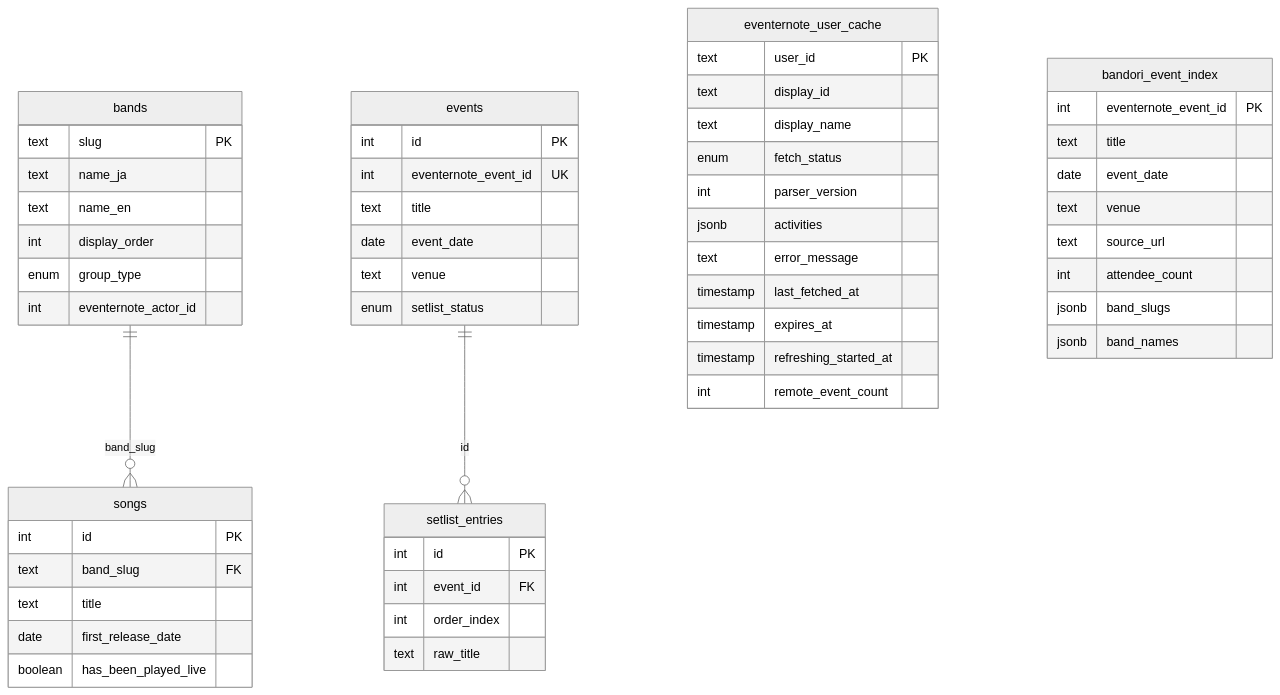
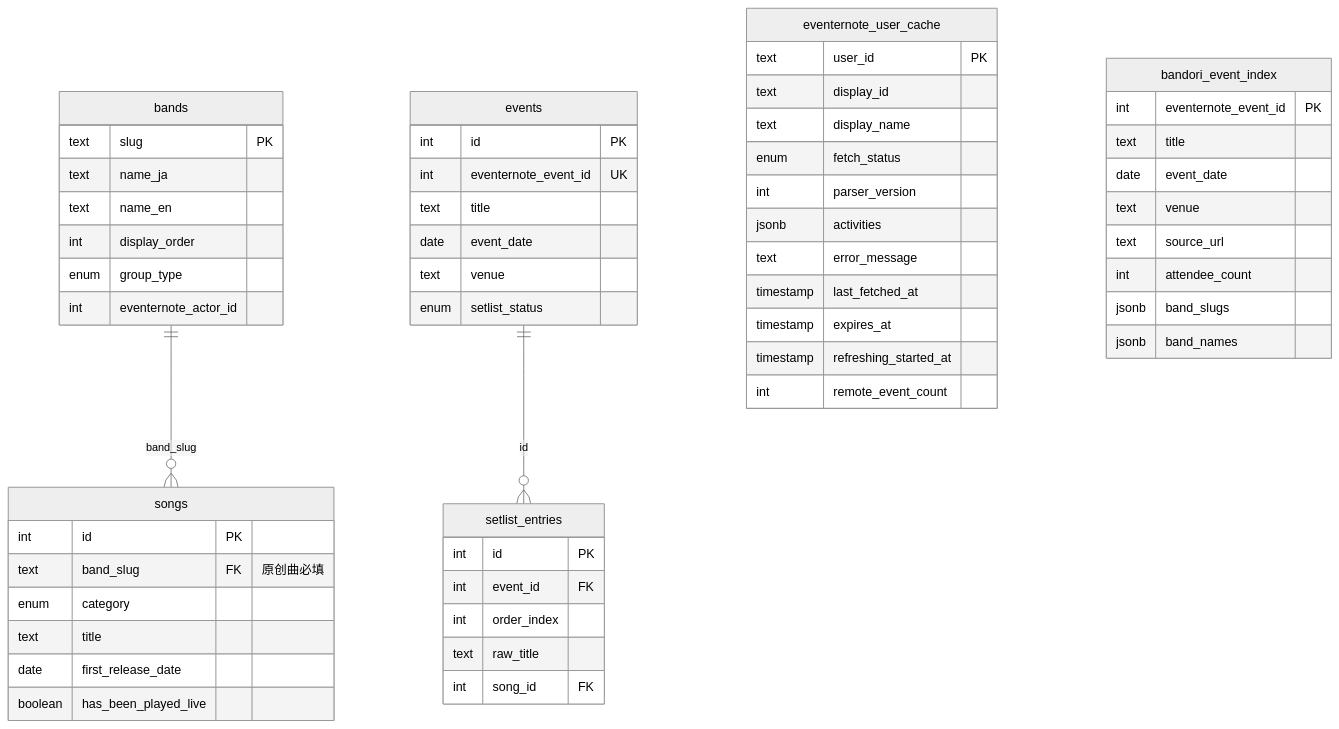
Before and after one commit to WaIIer/bandori-live-songs: the third of 5 diagrams in ARCHITECTURE.md, drawn with Mermaid (neutral theme). The commit also changed other lines of this file and 121 other files, not shown here.

````diff
--- a/ARCHITECTURE.md
+++ b/ARCHITECTURE.md
@@ -301,57 +317,59 @@
 ```mermaid
 erDiagram
     bands ||--o{ songs : "band_slug"
     bands {
         text slug PK
         text name_ja
         text name_en
         int display_order
         enum group_type
         int eventernote_actor_id
     }
     songs {
         int id PK
-        text band_slug FK
+        text band_slug FK "原创曲必填"
+        enum category
         text title
         date first_release_date
         boolean has_been_played_live
     }
     events ||--o{ setlist_entries : "id"
     events {
         int id PK
         int eventernote_event_id UK
         text title
         date event_date
         text venue
         enum setlist_status
     }
     setlist_entries {
         int id PK
         int event_id FK
         int order_index
         text raw_title
+        int song_id FK
     }
     eventernote_user_cache {
         text user_id PK
         text display_id
         text display_name
         enum fetch_status
         int parser_version
         jsonb activities
         text error_message
         timestamp last_fetched_at
         timestamp expires_at
         timestamp refreshing_started_at
         int remote_event_count
     }
     bandori_event_index {
         int eventernote_event_id PK
         text title
         date event_date
         text venue
         text source_url
         int attendee_count
         jsonb band_slugs
         jsonb band_names
     }
 ```
````
